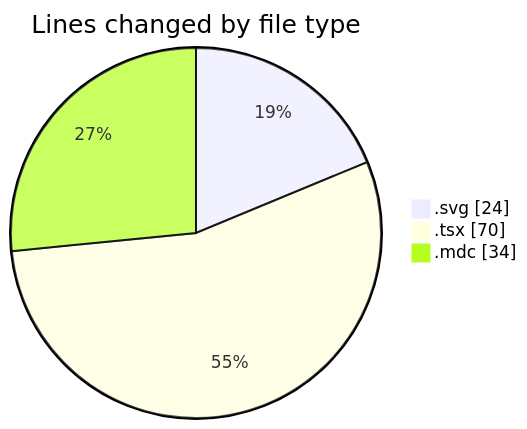
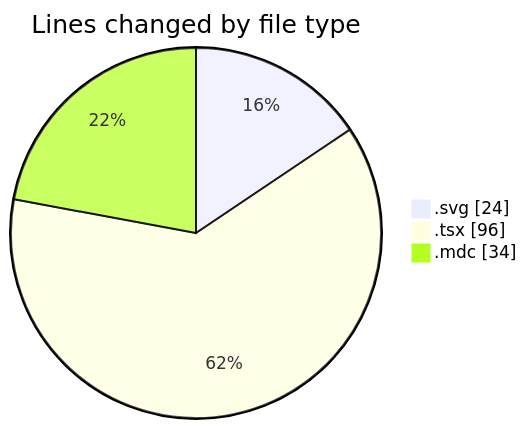
Before and after one commit to EIIisD/code-tracking: the first of 2 diagrams in 2025-07-18/ribbon/README.md, drawn with Mermaid. The commit also changed other lines of this file and 1 other file, not shown here.

````diff
--- a/2025-07-18/ribbon/README.md
+++ b/2025-07-18/ribbon/README.md
@@ -22,7 +22,7 @@
 ```mermaid
 pie showData
 title Lines changed by file type
 ".svg" : 24
-".tsx" : 70
+".tsx" : 96
 ".mdc" : 34
 ```
````
